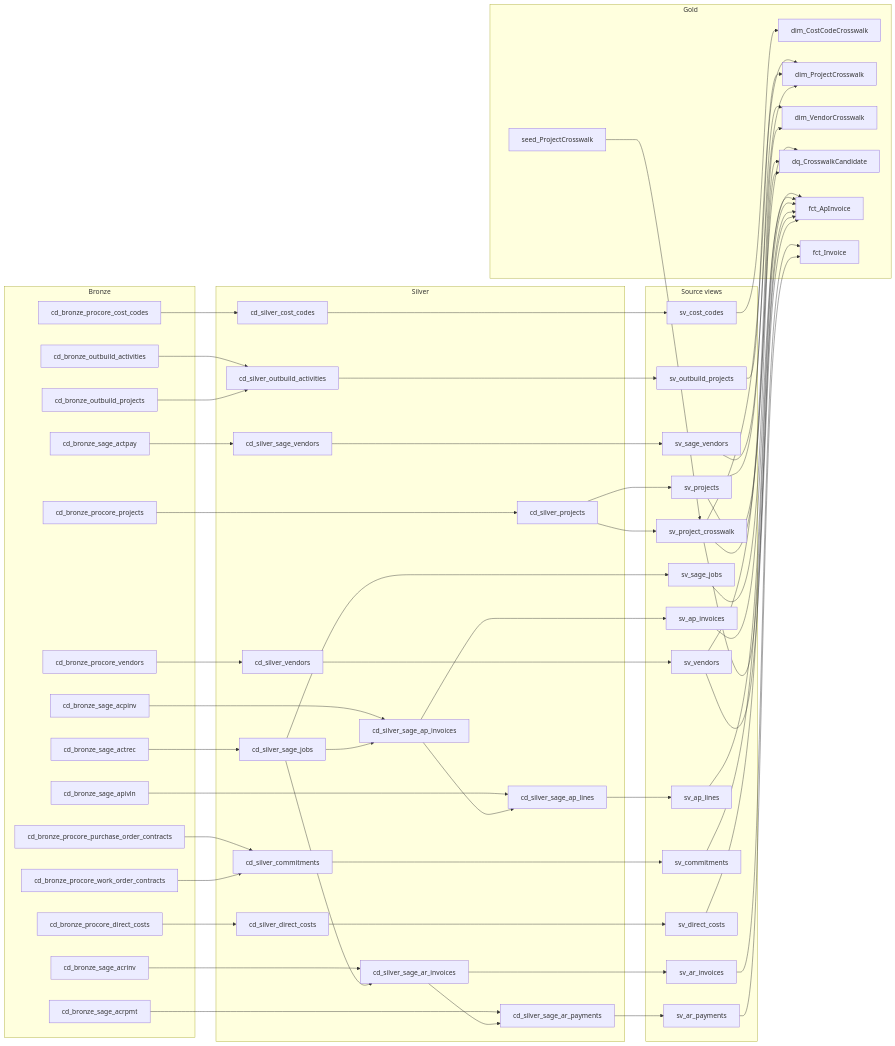
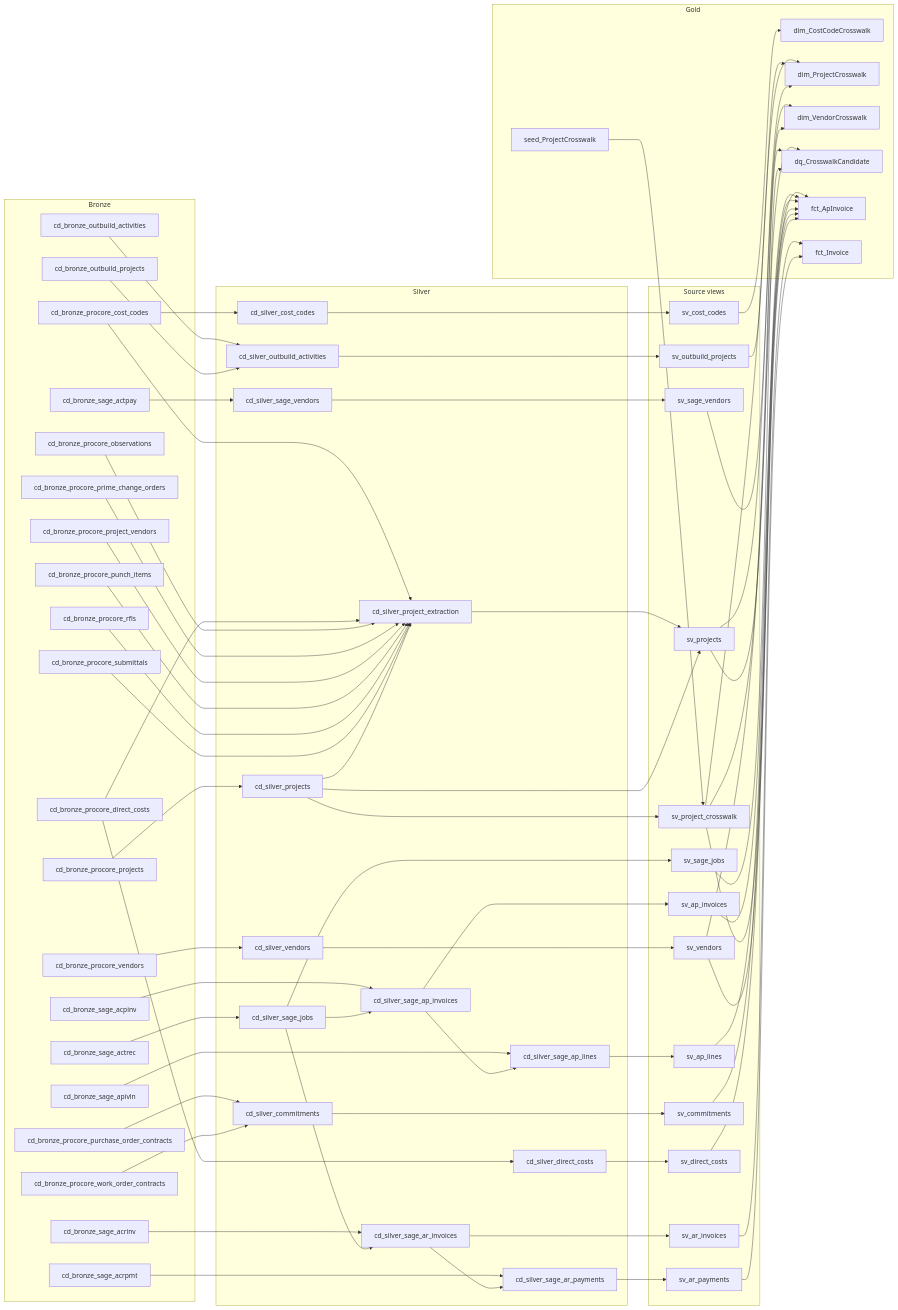
The second of 5 diagrams in foundation/charley-dev/_docs/data-dictionary.md (charley-forey/Affect-Build-Flows), drawn with Mermaid before and after one commit. The commit also changed other lines of this file and 26 other files, not shown here.

First line of the commit message:
Tombstone Procore records deleted at source; surface project extraction freshness

```diff
--- a/foundation/charley-dev/_docs/data-dictionary.md
+++ b/foundation/charley-dev/_docs/data-dictionary.md
@@ -163,8 +177,14 @@
     cd_bronze_outbuild_projects
     cd_bronze_procore_cost_codes
     cd_bronze_procore_direct_costs
+    cd_bronze_procore_observations
+    cd_bronze_procore_prime_change_orders
+    cd_bronze_procore_project_vendors
     cd_bronze_procore_projects
+    cd_bronze_procore_punch_items
     cd_bronze_procore_purchase_order_contracts
+    cd_bronze_procore_rfis
+    cd_bronze_procore_submittals
     cd_bronze_procore_vendors
     cd_bronze_procore_work_order_contracts
     cd_bronze_sage_acpinv
@@ -179,6 +199,7 @@
     cd_silver_cost_codes
     cd_silver_direct_costs
     cd_silver_outbuild_activities
+    cd_silver_project_extraction
     cd_silver_projects
     cd_silver_sage_ap_invoices
     cd_silver_sage_ap_lines
@@ -215,9 +236,17 @@
   cd_bronze_outbuild_activities --> cd_silver_outbuild_activities
   cd_bronze_outbuild_projects --> cd_silver_outbuild_activities
   cd_bronze_procore_cost_codes --> cd_silver_cost_codes
+  cd_bronze_procore_cost_codes --> cd_silver_project_extraction
   cd_bronze_procore_direct_costs --> cd_silver_direct_costs
+  cd_bronze_procore_direct_costs --> cd_silver_project_extraction
+  cd_bronze_procore_observations --> cd_silver_project_extraction
+  cd_bronze_procore_prime_change_orders --> cd_silver_project_extraction
+  cd_bronze_procore_project_vendors --> cd_silver_project_extraction
   cd_bronze_procore_projects --> cd_silver_projects
+  cd_bronze_procore_punch_items --> cd_silver_project_extraction
   cd_bronze_procore_purchase_order_contracts --> cd_silver_commitments
+  cd_bronze_procore_rfis --> cd_silver_project_extraction
+  cd_bronze_procore_submittals --> cd_silver_project_extraction
   cd_bronze_procore_vendors --> cd_silver_vendors
   cd_bronze_procore_work_order_contracts --> cd_silver_commitments
   cd_bronze_sage_acpinv --> cd_silver_sage_ap_invoices
@@ -230,6 +259,8 @@
   cd_silver_cost_codes --> sv_cost_codes
   cd_silver_direct_costs --> sv_direct_costs
   cd_silver_outbuild_activities --> sv_outbuild_projects
+  cd_silver_project_extraction --> sv_projects
+  cd_silver_projects --> cd_silver_project_extraction
   cd_silver_projects --> sv_project_crosswalk
   cd_silver_projects --> sv_projects
   cd_silver_sage_ap_invoices --> cd_silver_sage_ap_lines
```
